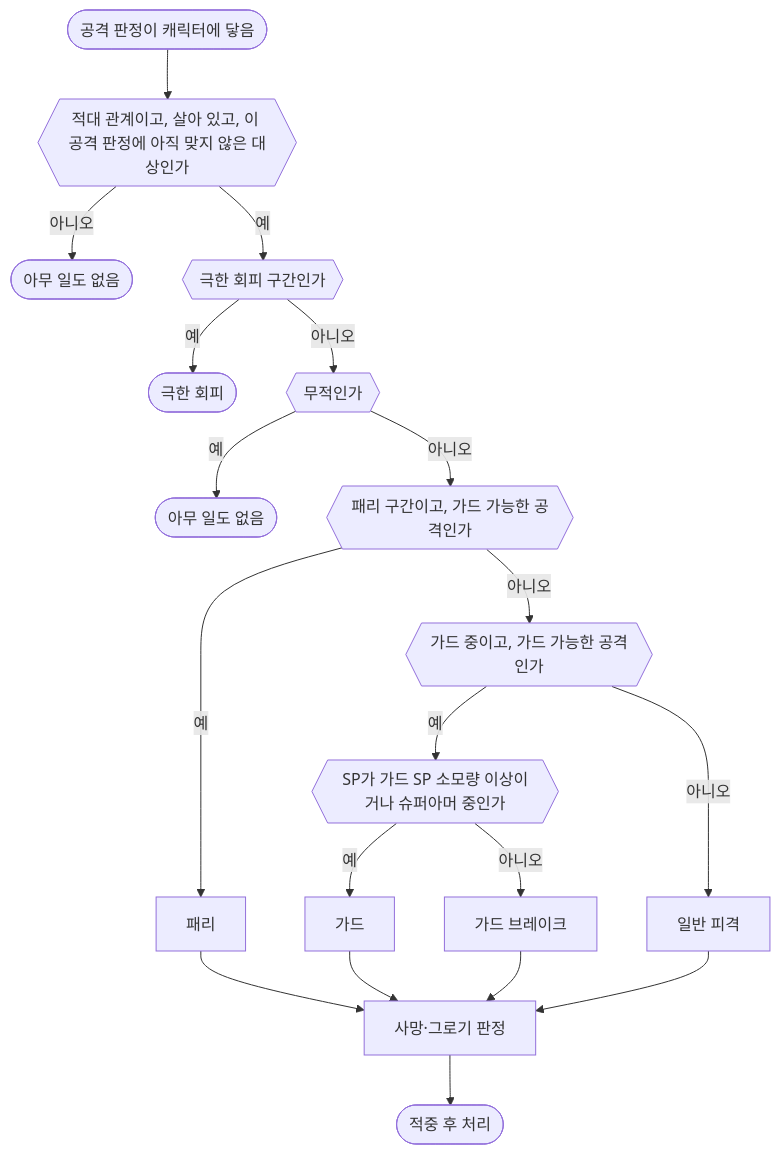
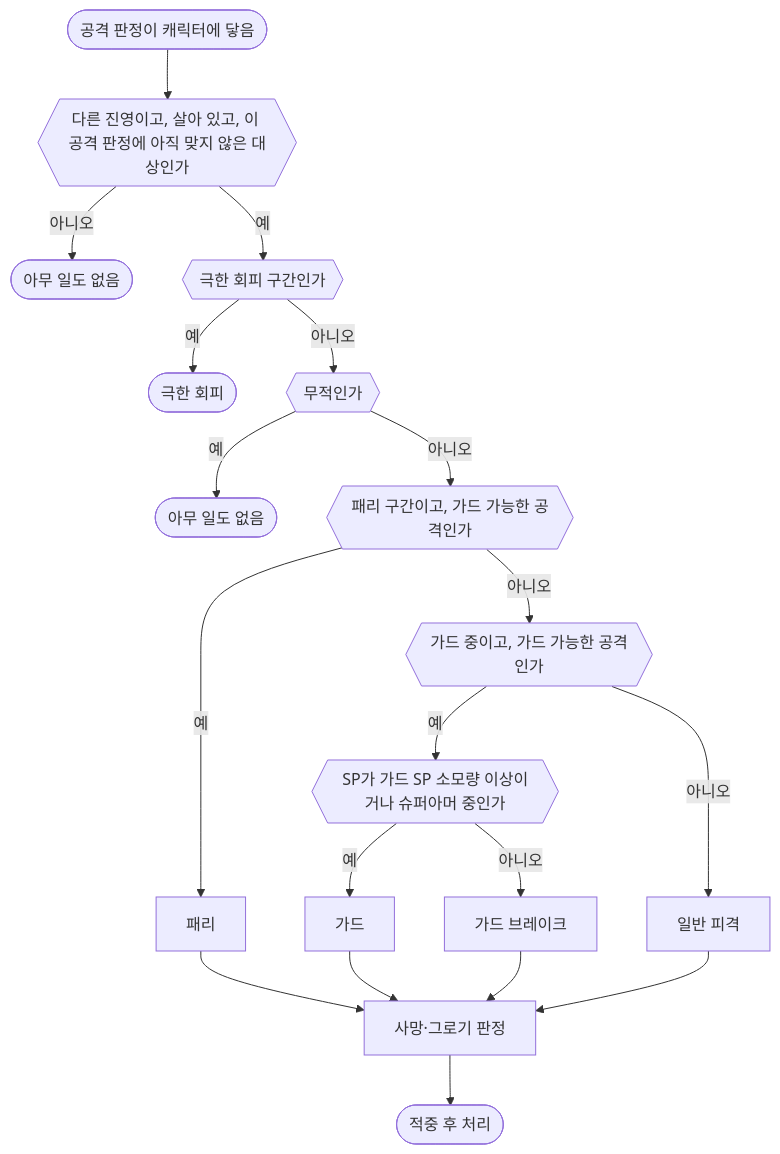
Before and after one commit to Woogl/Ag: the diagram in Docs/Design/System/전투 시스템.md, drawn with Mermaid. The commit also changed other lines of this file and 17 other files, not shown here.

````diff
--- a/Docs/Design/System/전투 시스템.md
+++ b/Docs/Design/System/전투 시스템.md
@@ -112,21 +112,21 @@
 ```mermaid
 flowchart TD
-    touch(["공격 판정이 캐릭터에 닿음"]) --> valid{{"적대 관계이고, 살아 있고, 이 공격 판정에 아직 맞지 않은 대상인가"}}
+    touch(["공격 판정이 캐릭터에 닿음"]) --> valid{{"다른 진영이고, 살아 있고, 이 공격 판정에 아직 맞지 않은 대상인가"}}
     valid -->|아니오| none1(["아무 일도 없음"])
     valid -->|예| pdw{{"극한 회피 구간인가"}}
     pdw -->|예| pdodge(["극한 회피"])
     pdw -->|아니오| inv{{"무적인가"}}
     inv -->|예| none2(["아무 일도 없음"])
     inv -->|아니오| parryCheck{{"패리 구간이고, 가드 가능한 공격인가"}}
     parryCheck -->|예| parry["패리"]
     parryCheck -->|아니오| guardCheck{{"가드 중이고, 가드 가능한 공격인가"}}
     guardCheck -->|아니오| normal["일반 피격"]
     guardCheck -->|예| spCheck{{"SP가 가드 SP 소모량 이상이거나 슈퍼아머 중인가"}}
     spCheck -->|예| guard["가드"]
     spCheck -->|아니오| guardBreak["가드 브레이크"]
     parry --> judge
     guard --> judge
     guardBreak --> judge
     normal --> judge
     judge["사망·그로기 판정"] --> fx(["적중 후 처리"])
 ```
````
